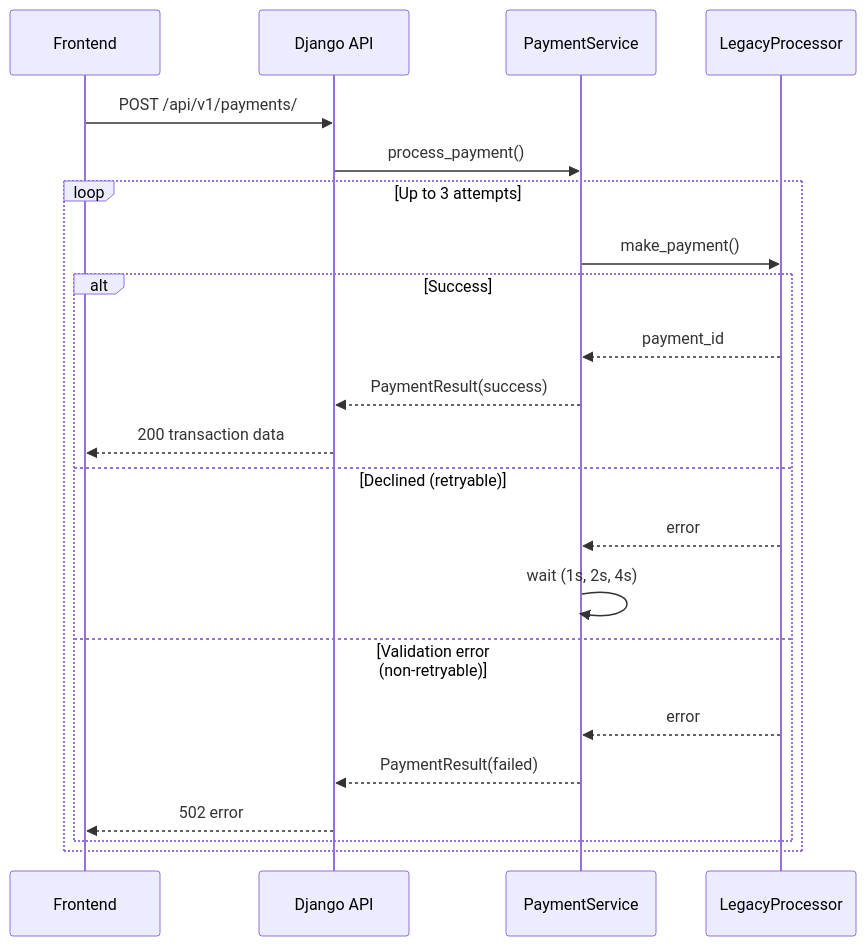
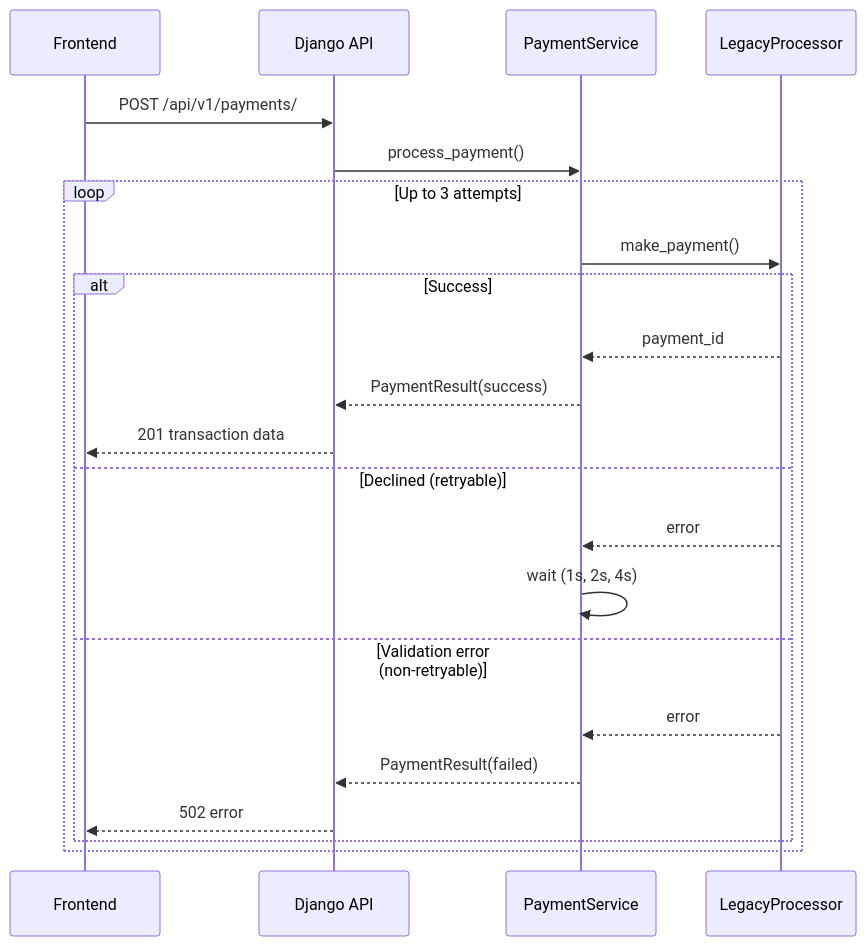
One commit to passkey1510/kindo-challenge changed the second of 4 diagrams in README.md. Above: the diagram before and after it, drawn with Mermaid. The commit also changed other lines of this file and 1 other file, not shown here.

````diff
--- a/README.md
+++ b/README.md
@@ -112,26 +112,26 @@
 ```mermaid
 sequenceDiagram
   participant FE as Frontend
   participant API as Django API
   participant PS as PaymentService
   participant LP as LegacyProcessor
 
   FE->>API: POST /api/v1/payments/
   API->>PS: process_payment()
 
   loop Up to 3 attempts
     PS->>LP: make_payment()
     alt Success
       LP-->>PS: payment_id
       PS-->>API: PaymentResult(success)
-      API-->>FE: 200 transaction data
+      API-->>FE: 201 transaction data
     else Declined (retryable)
       LP-->>PS: error
       PS->>PS: wait (1s, 2s, 4s)
     else Validation error (non-retryable)
       LP-->>PS: error
       PS-->>API: PaymentResult(failed)
       API-->>FE: 502 error
     end
   end
 ```
````
